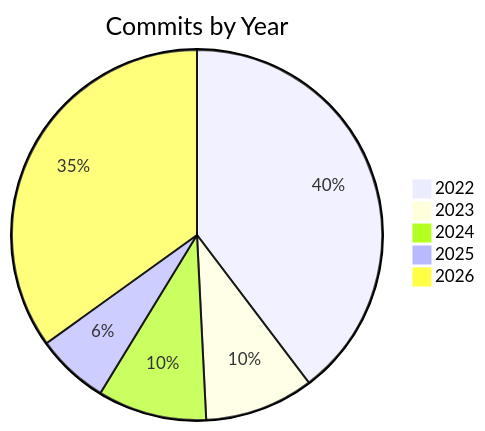
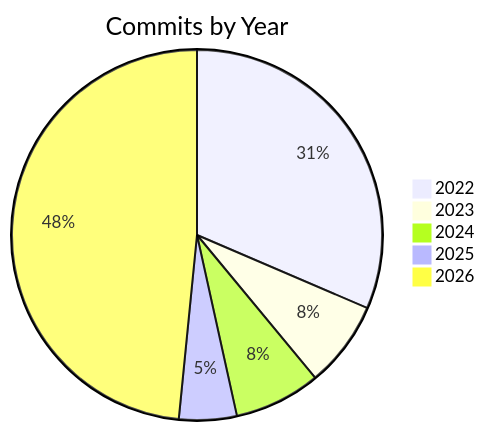
Before and after one commit to Wycott/JukeBox: the diagram in digest.md, drawn with Mermaid. The commit also changed other lines of this file, not shown here.

````diff
--- a/digest.md
+++ b/digest.md
@@ -42,8 +42,8 @@
 ```mermaid
 pie title Commits by Year
     "2022" : 50
     "2023" : 12
     "2024" : 12
     "2025" : 8
-    "2026" : 44
+    "2026" : 77
 ```
````
